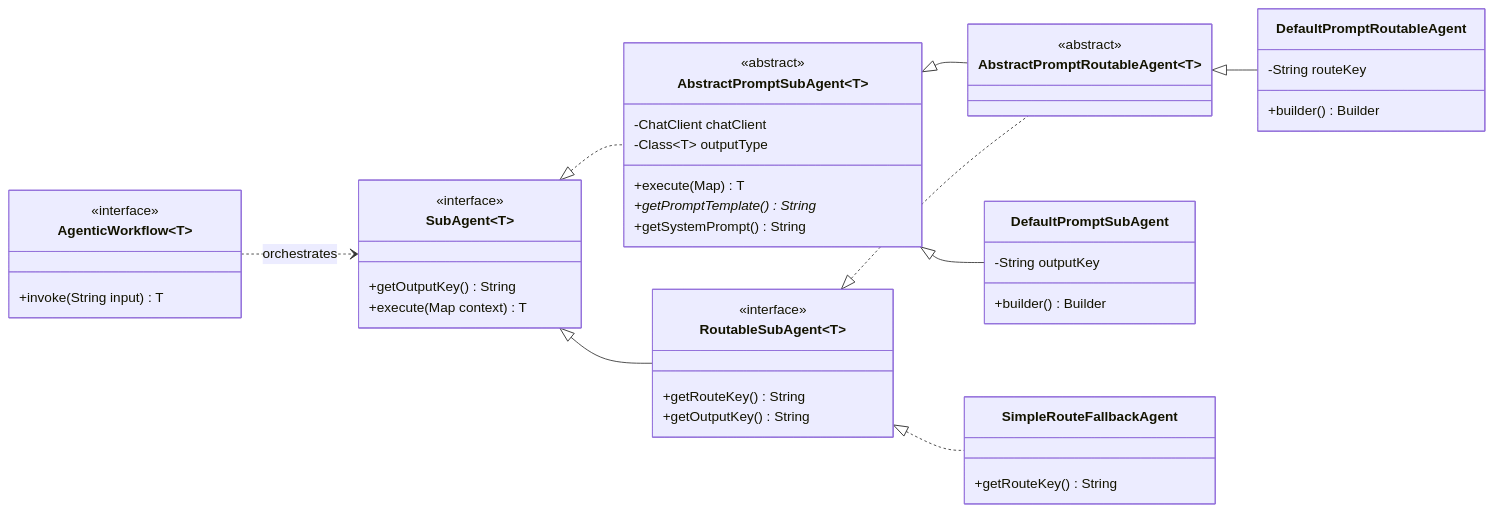
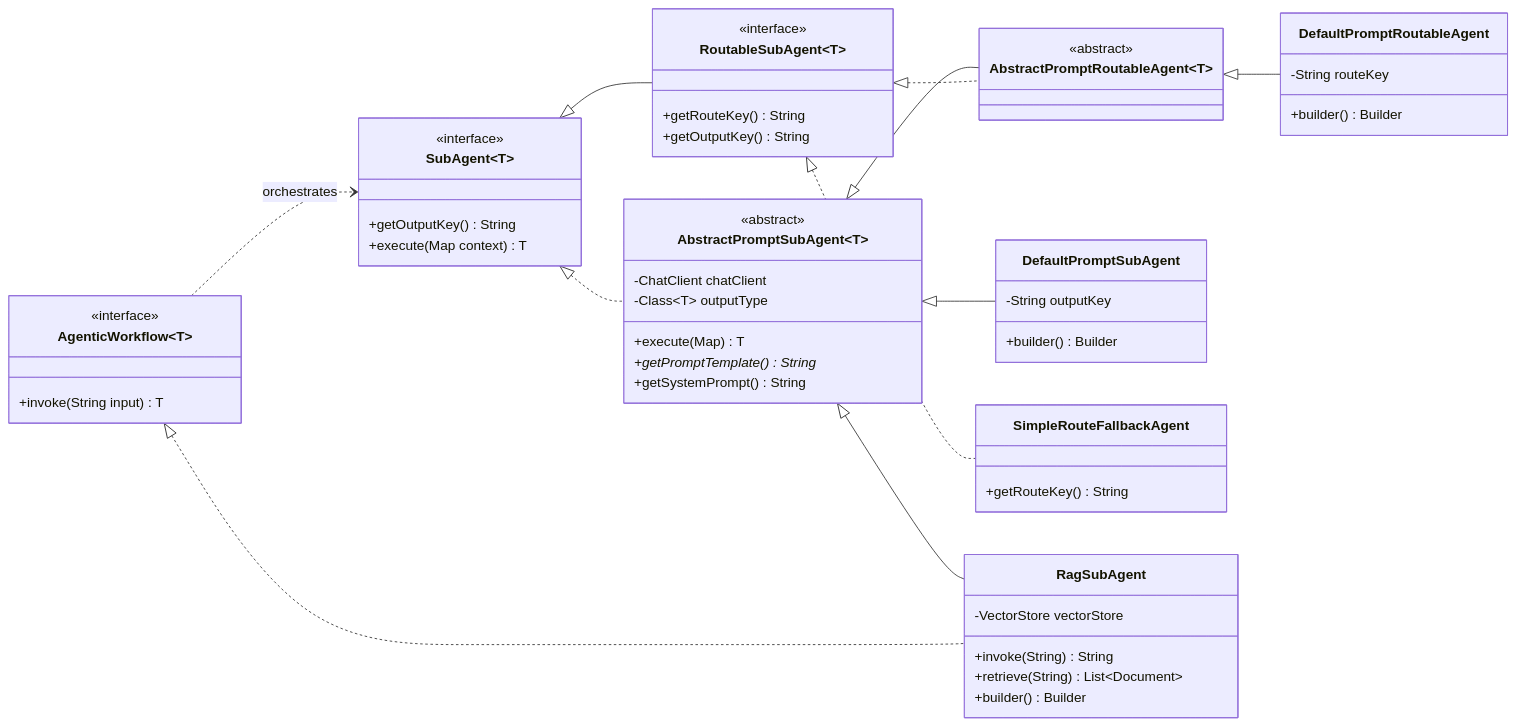
Before and after one commit to ronaldwkcheng/agent-api: the first of 4 diagrams in api/README.md, drawn with Mermaid. The commit also changed other lines of this file and 12 other files, not shown here.

````diff
--- a/api/README.md
+++ b/api/README.md
@@ -25,57 +32,66 @@
 ```mermaid
 classDiagram
     direction LR
 
     class AgenticWorkflow~T~ {
         <<interface>>
         +invoke(String input) T
     }
 
     class SubAgent~T~ {
         <<interface>>
         +getOutputKey() String
         +execute(Map context) T
     }
 
     class RoutableSubAgent~T~ {
         <<interface>>
         +getRouteKey() String
         +getOutputKey() String
     }
 
     class AbstractPromptSubAgent~T~ {
         <<abstract>>
         -ChatClient chatClient
         -Class~T~ outputType
         +execute(Map) T
         +getPromptTemplate()* String
         +getSystemPrompt() String
     }
 
     class AbstractPromptRoutableAgent~T~ {
         <<abstract>>
     }
 
     class DefaultPromptSubAgent {
         -String outputKey
         +builder() Builder
     }
 
     class DefaultPromptRoutableAgent {
         -String routeKey
         +builder() Builder
     }
 
     class SimpleRouteFallbackAgent {
         +getRouteKey() String
     }
 
+    class RagSubAgent {
+        -VectorStore vectorStore
+        +invoke(String) String
+        +retrieve(String) List~Document~
+        +builder() Builder
+    }
+
     SubAgent <|-- RoutableSubAgent
     SubAgent <|.. AbstractPromptSubAgent
     AbstractPromptSubAgent <|-- AbstractPromptRoutableAgent
     RoutableSubAgent <|.. AbstractPromptRoutableAgent
     AbstractPromptSubAgent <|-- DefaultPromptSubAgent
     AbstractPromptRoutableAgent <|-- DefaultPromptRoutableAgent
     RoutableSubAgent <|.. SimpleRouteFallbackAgent
+    AbstractPromptSubAgent <|-- RagSubAgent
+    AgenticWorkflow <|.. RagSubAgent
     AgenticWorkflow ..> SubAgent : orchestrates
 ```
````
